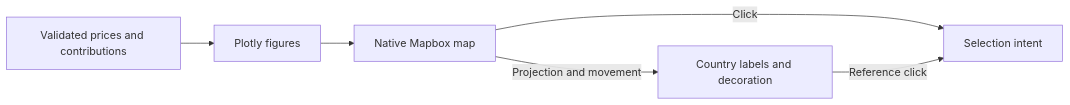
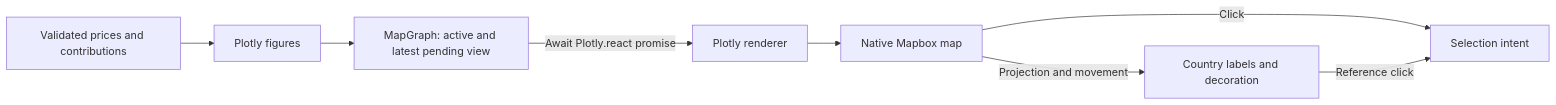
One commit to zoltanmaric/coppersushi changed the diagram in frontend/src/map/README.md. Above: the diagram before and after it, drawn with Mermaid. The commit also changed other lines of this file and 12 other files, not shown here.

First line of the commit message:
Own map render completion through the Plotly promise (#231)

````diff
--- a/frontend/src/map/README.md
+++ b/frontend/src/map/README.md
@@ -7,8 +7,10 @@
 ```mermaid
 flowchart LR
     data["Validated prices and contributions"] --> figures["Plotly figures"]
-    figures --> map["Native Mapbox map"]
+    figures --> latest["MapGraph: active and latest pending view"]
+    latest -->|Await Plotly.react promise| renderer["Plotly renderer"]
+    renderer --> map["Native Mapbox map"]
     map -->|Projection and movement| labels["Country labels and decoration"]
     map -->|Click| intent["Selection intent"]
     labels -->|Reference click| intent
 ```
````
